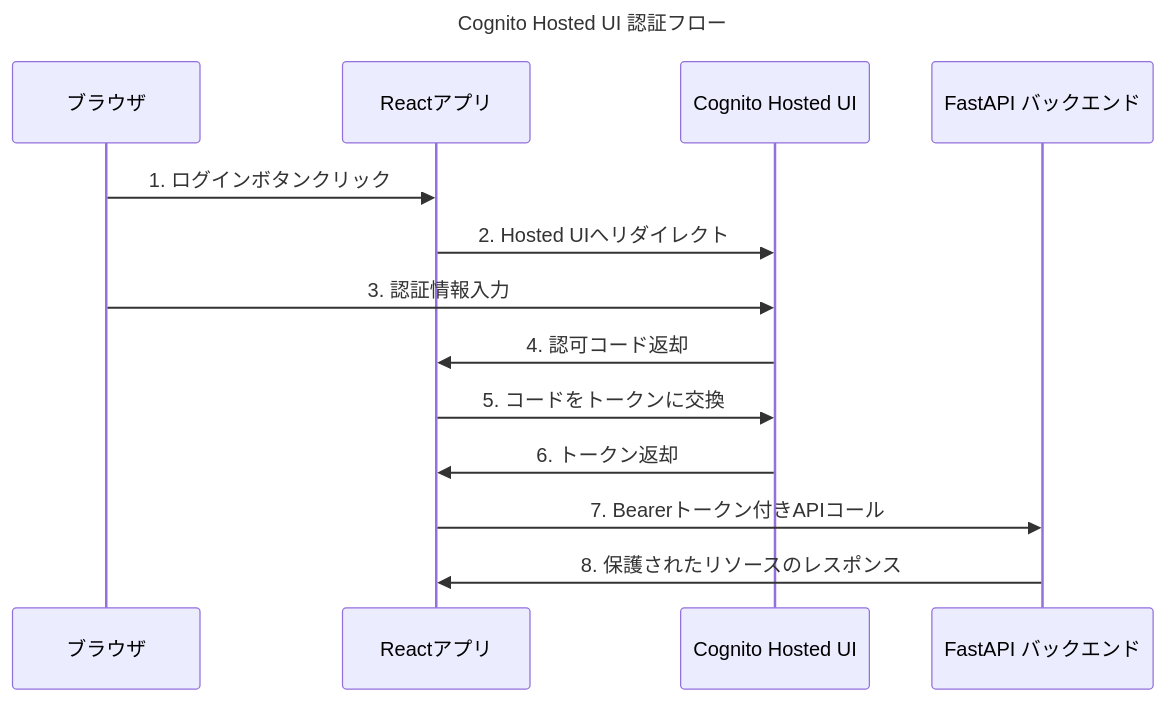
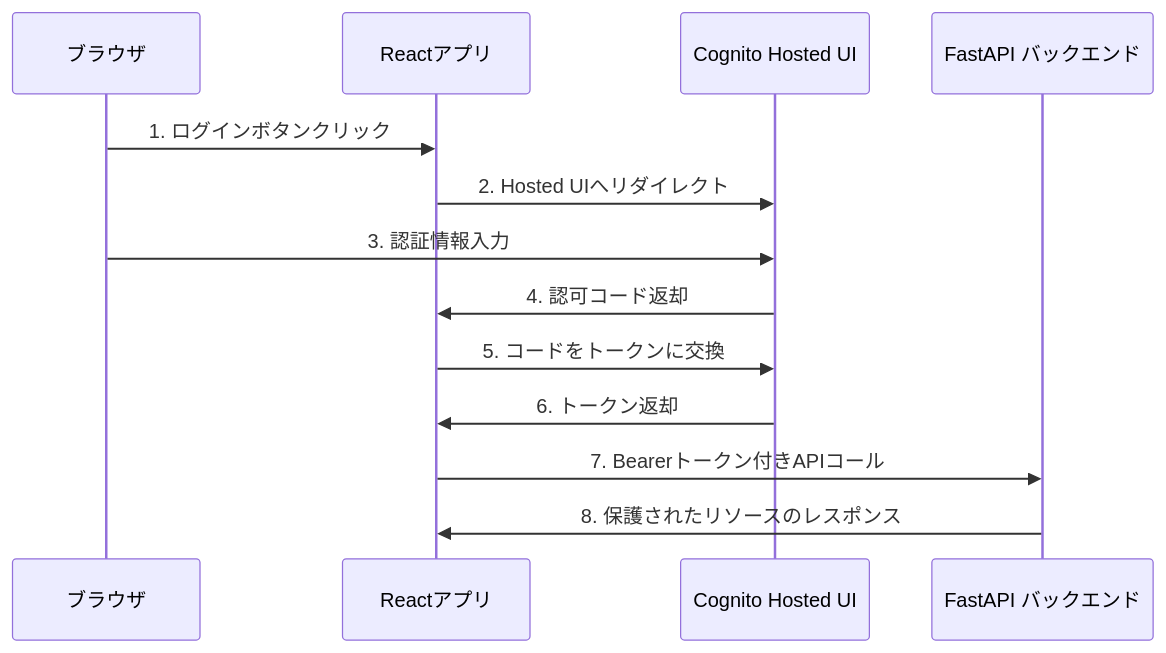
The first of 2 diagrams in 認証フローのシーケンス図.md (ZenQuestX/docs), drawn with Mermaid before and after one commit.

````diff
--- a/認証フローのシーケンス図.md
+++ b/認証フローのシーケンス図.md
@@ -22,17 +22,16 @@
 ```mermaid
 sequenceDiagram
-    title Cognito Hosted UI 認証フロー
     participant Browser as ブラウザ
     participant React as Reactアプリ
     participant Cognito as Cognito Hosted UI
     participant API as FastAPI バックエンド
 
     Browser->>React: 1. ログインボタンクリック
     React->>Cognito: 2. Hosted UIへリダイレクト
     Browser->>Cognito: 3. 認証情報入力
     Cognito->>React: 4. 認可コード返却
     React->>Cognito: 5. コードをトークンに交換
     Cognito->>React: 6. トークン返却
     React->>API: 7. Bearerトークン付きAPIコール
     API->>React: 8. 保護されたリソースのレスポンス
 ```
````
